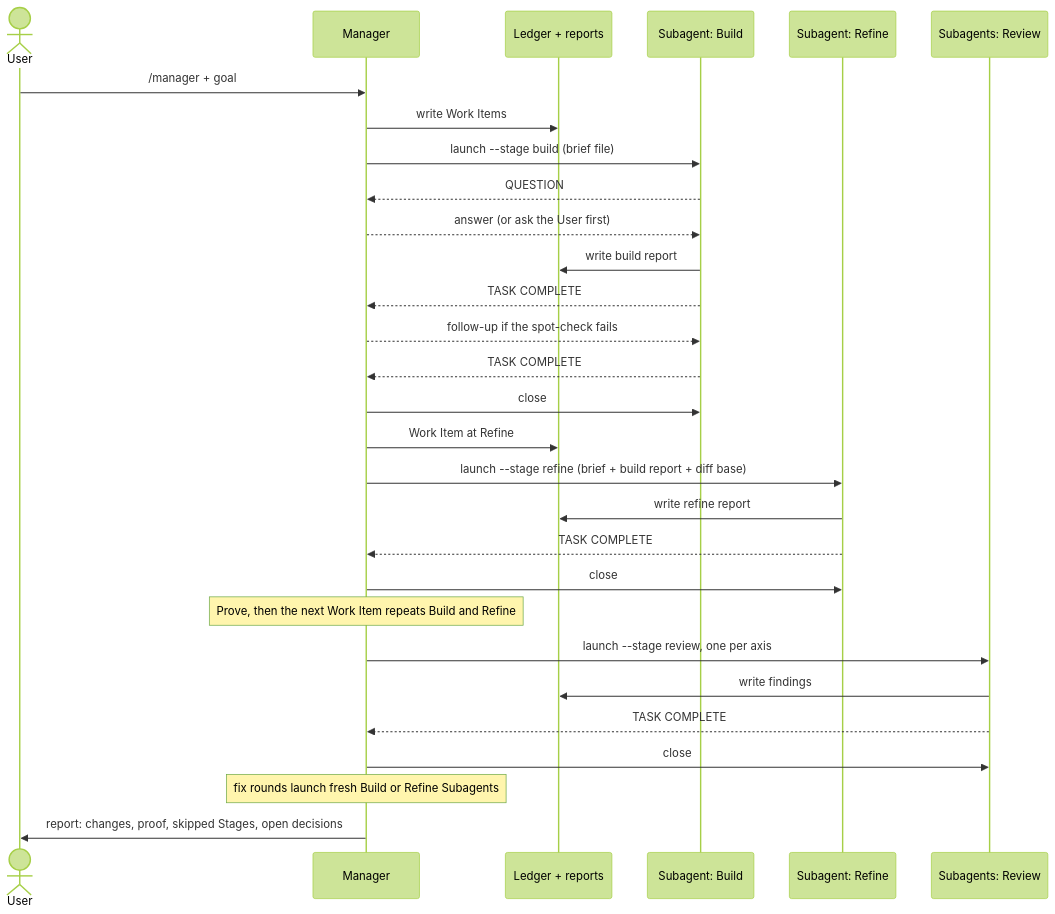
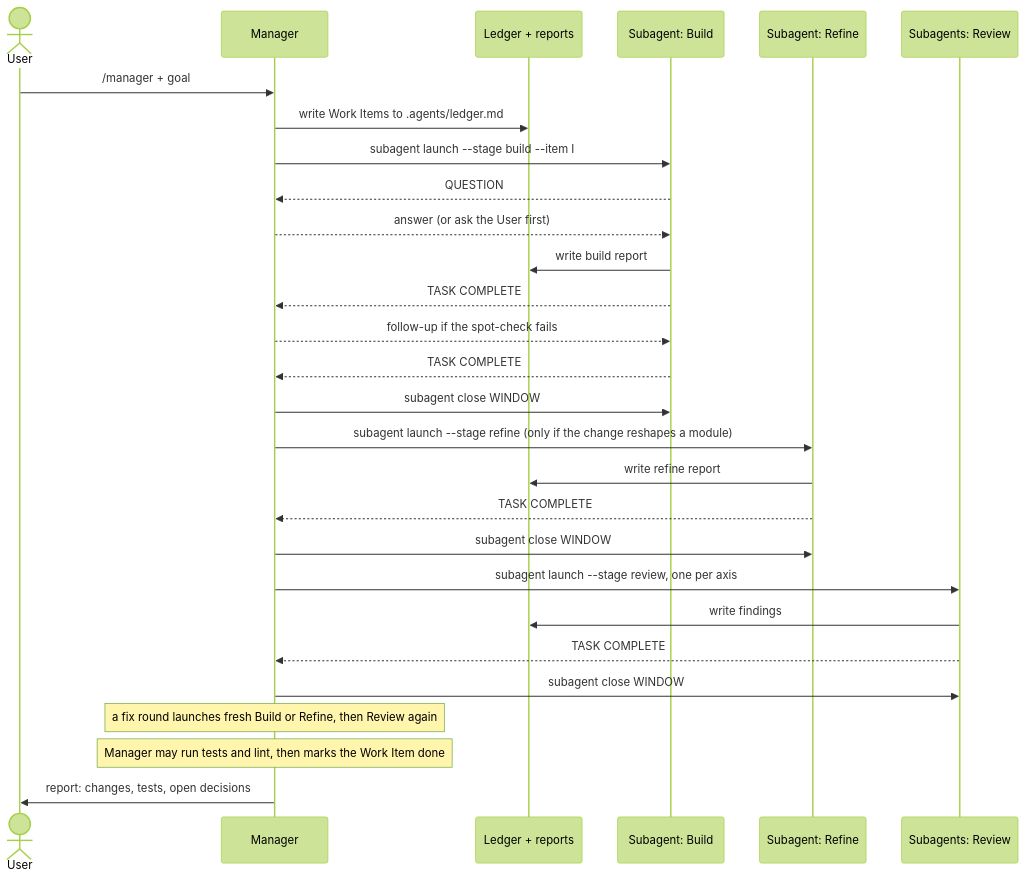
Before and after one commit to vieitesss/dotfiles: the second of 2 diagrams in docs/workflow.md, drawn with Mermaid (forest theme). The commit also changed other lines of this file and 7 other files, not shown here.

````diff
--- a/docs/workflow.md
+++ b/docs/workflow.md
@@ -105,32 +88,31 @@
 ```mermaid
 sequenceDiagram
     actor U as User
     participant M as Manager
     participant L as Ledger + reports
     participant B as Subagent: Build
     participant R as Subagent: Refine
     participant V as Subagents: Review
 
     U->>M: /manager + goal
-    M->>L: write Work Items
-    M->>B: launch --stage build (brief file)
+    M->>L: write Work Items to .agents/ledger.md
+    M->>B: subagent launch --stage build --item I
     B-->>M: QUESTION
     M-->>B: answer (or ask the User first)
     B->>L: write build report
     B-->>M: TASK COMPLETE
     M-->>B: follow-up if the spot-check fails
     B-->>M: TASK COMPLETE
-    M->>B: close
-    M->>L: Work Item at Refine
-    M->>R: launch --stage refine (brief + build report + diff base)
+    M->>B: subagent close WINDOW
+    M->>R: subagent launch --stage refine (only if the change reshapes a module)
     R->>L: write refine report
     R-->>M: TASK COMPLETE
-    M->>R: close
-    Note over M: Prove, then the next Work Item repeats Build and Refine
-    M->>V: launch --stage review, one per axis
+    M->>R: subagent close WINDOW
+    M->>V: subagent launch --stage review, one per axis
     V->>L: write findings
     V-->>M: TASK COMPLETE
-    M->>V: close
-    Note over M: fix rounds launch fresh Build or Refine Subagents
-    M->>U: report: changes, proof, skipped Stages, open decisions
+    M->>V: subagent close WINDOW
+    Note over M: a fix round launches fresh Build or Refine, then Review again
+    Note over M: Manager may run tests and lint, then marks the Work Item done
+    M->>U: report: changes, tests, open decisions
 ```
````
